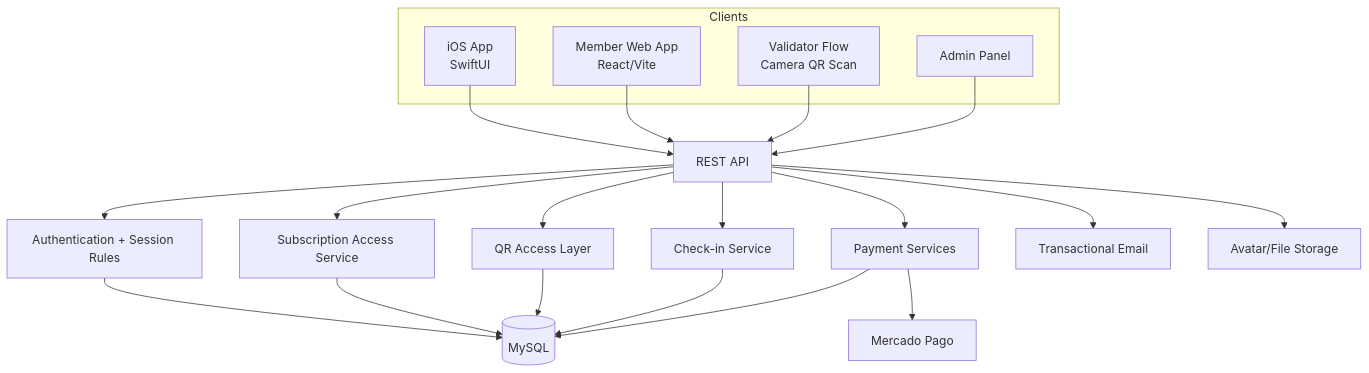
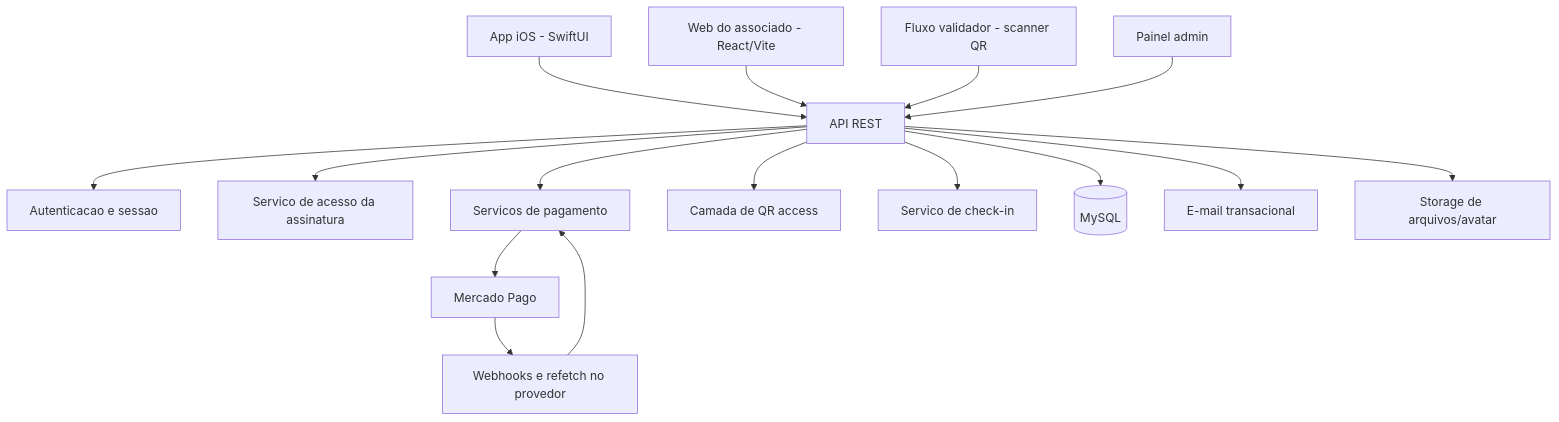
One commit to filpe19/club-pass-belem-case-study changed the second of 4 diagrams in README.md. Above: the diagram before and after it, drawn with Mermaid. The commit also changed other lines of this file, not shown here.

````diff
--- a/README.md
+++ b/README.md
@@ -50,30 +47,21 @@
 ```mermaid
 flowchart TB
-    subgraph Clients
-        IOS[iOS App<br/>SwiftUI]
-        WEB[Member Web App<br/>React/Vite]
-        VAL[Validator Flow<br/>Camera QR Scan]
-        ADM[Admin Panel]
-    end
+    A[App iOS - SwiftUI] --> E[API REST]
+    B[Web do associado - React/Vite] --> E
+    C[Fluxo validador - scanner QR] --> E
+    D[Painel admin] --> E
 
-    IOS --> API[REST API]
-    WEB --> API
-    VAL --> API
-    ADM --> API
+    E --> F[Autenticacao e sessao]
+    E --> G[Servico de acesso da assinatura]
+    E --> H[Servicos de pagamento]
+    E --> I[Camada de QR access]
+    E --> J[Servico de check-in]
+    E --> K[(MySQL)]
 
-    API --> AUTH[Authentication + Session Rules]
-    API --> SUB[Subscription Access Service]
-    API --> QR[QR Access Layer]
-    API --> CHECKIN[Check-in Service]
-    API --> PAY[Payment Services]
+    H --> L[Mercado Pago]
+    L --> M[Webhooks e refetch no provedor]
+    M --> H
 
-    AUTH --> DB[(MySQL)]
-    SUB --> DB
-    QR --> DB
-    CHECKIN --> DB
-    PAY --> DB
-
-    PAY --> MP[Mercado Pago]
-    API --> EMAIL[Transactional Email]
-    API --> STORAGE[Avatar/File Storage]
+    E --> N[E-mail transacional]
+    E --> O[Storage de arquivos/avatar]
 ```
````
